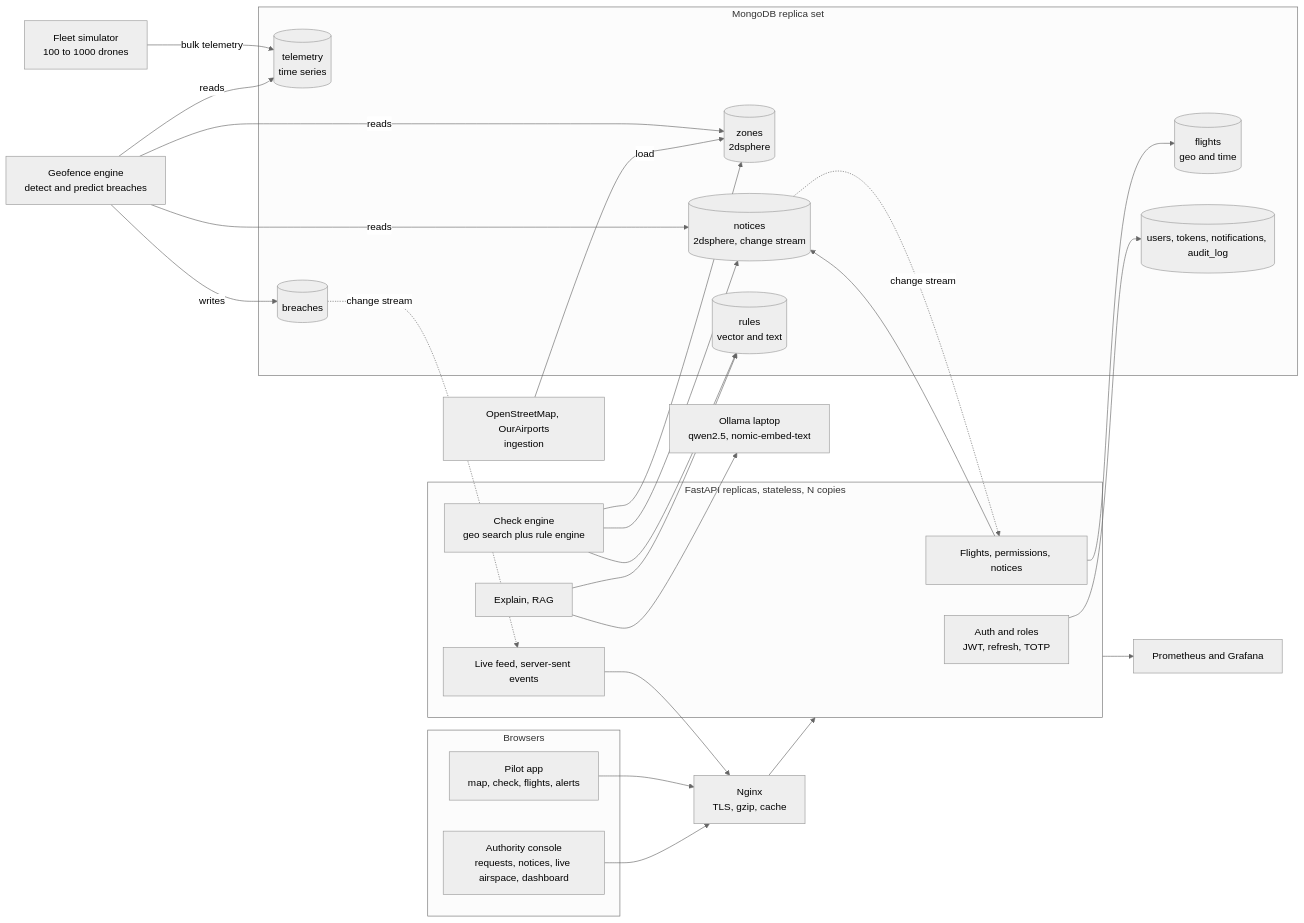
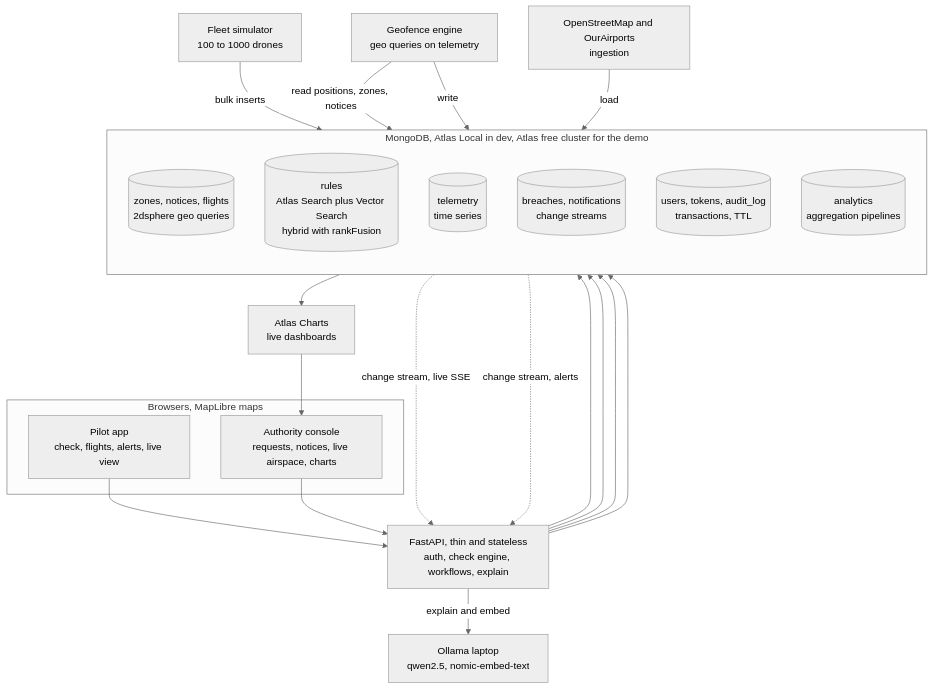
Before and after one commit to saimanoharigodavarty/SkyClear: the first of 3 diagrams in ARCHITECTURE.md, drawn with Mermaid. The commit also changed other lines of this file and 5 other files, not shown here.

Commit message:
Make architecture MongoDB-first: feature map, Atlas Search and rankFusion verified, zone search endpoint

````diff
--- a/ARCHITECTURE.md
+++ b/ARCHITECTURE.md
@@ -56,52 +31,39 @@
 ```mermaid
 %%{init: {'theme':'neutral'}}%%
-flowchart LR
-  subgraph Clients["Browsers"]
-    P["Pilot app<br/>map, check, flights, alerts"]
-    A["Authority console<br/>requests, notices, live airspace, dashboard"]
+flowchart TB
+  subgraph Clients["Browsers, MapLibre maps"]
+    P["Pilot app<br/>check, flights, alerts, live view"]
+    A["Authority console<br/>requests, notices, live airspace, charts"]
   end
-  LB["Nginx<br/>TLS, gzip, cache"]
-  subgraph API["FastAPI replicas, stateless, N copies"]
-    AUTH["Auth and roles<br/>JWT, refresh, TOTP"]
-    CHECK["Check engine<br/>geo search plus rule engine"]
-    FLOW["Flights, permissions, notices"]
-    LIVE["Live feed, server-sent events"]
-    EXP["Explain, RAG"]
-  end
-  subgraph DB["MongoDB replica set"]
-    ZN[("zones<br/>2dsphere")]
-    NT[("notices<br/>2dsphere, change stream")]
-    FL[("flights<br/>geo and time")]
-    TM[("telemetry<br/>time series")]
-    BR[("breaches")]
-    RL[("rules<br/>vector and text")]
-    US[("users, tokens, notifications, audit_log")]
+  API["FastAPI, thin and stateless<br/>auth, check engine, workflows, explain"]
+  subgraph MDB["MongoDB, Atlas Local in dev, Atlas free cluster for the demo"]
+    direction TB
+    GEO[("zones, notices, flights<br/>2dsphere geo queries")]
+    SRCH[("rules<br/>Atlas Search plus Vector Search<br/>hybrid with rankFusion")]
+    TS[("telemetry<br/>time series")]
+    EV[("breaches, notifications<br/>change streams")]
+    ID[("users, tokens, audit_log<br/>transactions, TTL")]
+    AGG[("analytics<br/>aggregation pipelines")]
   end
   SIM["Fleet simulator<br/>100 to 1000 drones"]
-  GF["Geofence engine<br/>detect and predict breaches"]
+  GF["Geofence engine<br/>geo queries on telemetry"]
+  CH["Atlas Charts<br/>live dashboards"]
   OL["Ollama laptop<br/>qwen2.5, nomic-embed-text"]
-  OSM["OpenStreetMap, OurAirports<br/>ingestion"]
-  MON["Prometheus and Grafana"]
+  OSM["OpenStreetMap and OurAirports<br/>ingestion"]
 
-  P --> LB
-  A --> LB
-  LB --> API
-  AUTH --> US
-  CHECK --> ZN
-  CHECK --> NT
-  CHECK --> RL
-  FLOW --> FL
-  FLOW --> NT
-  EXP --> OL
-  EXP --> RL
-  SIM -->|bulk telemetry| TM
-  GF -->|reads| TM
-  GF -->|reads| ZN
-  GF -->|reads| NT
-  GF -->|writes| BR
-  BR -.->|change stream| LIVE
-  NT -.->|change stream| FLOW
-  LIVE --> LB
-  OSM -->|load| ZN
-  API --> MON
+  P --> API
+  A --> API
+  API --> GEO
+  API --> SRCH
+  API --> ID
+  API --> AGG
+  API -->|explain and embed| OL
+  SIM -->|bulk inserts| TS
+  GF -->|read positions, zones, notices| TS
+  GF -->|write| EV
+  EV -.->|change stream, live SSE| API
+  GEO -.->|change stream, alerts| API
+  OSM -->|load| GEO
+  AGG --> CH
+  CH --> A
 ```
````
